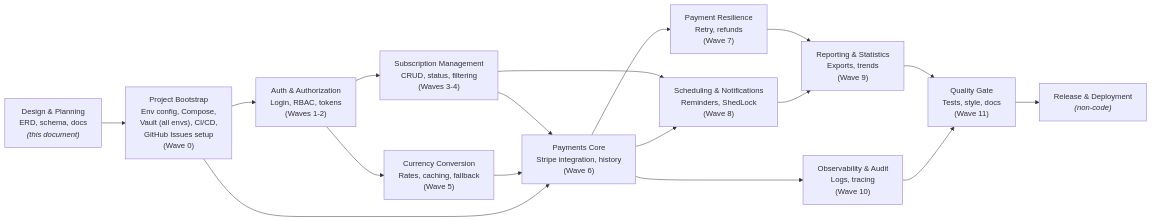
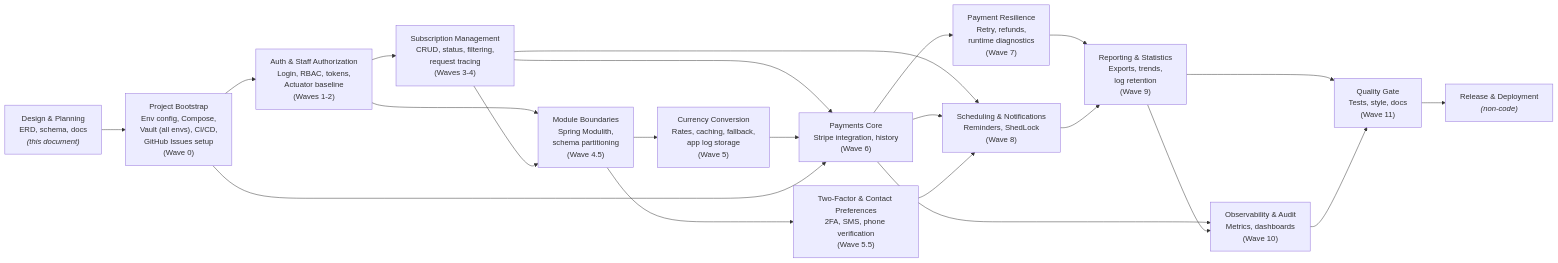
One commit to cptrobie/subscribe-master changed the diagram in subscribe_master_requirements.md. Above: the diagram before and after it, drawn with Mermaid. The commit also changed other lines of this file and 8 other files, not shown here.

First line of the commit message:
Add observability requirements and rebalance waves (NFR-36–44, FR-41–44)

````diff
--- a/subscribe_master_requirements.md
+++ b/subscribe_master_requirements.md
@@ -9,26 +9,31 @@
 ```mermaid
 graph LR
     A["Design & Planning<br/>ERD, schema, docs<br/><i>(this document)</i>"] --> B["Project Bootstrap<br/>Env config, Compose,<br/>Vault (all envs), CI/CD,<br/>GitHub Issues setup<br/>(Wave 0)"]
 
-    B --> C["Auth & Authorization<br/>Login, RBAC, tokens<br/>(Waves 1-2)"]
+    B --> C["Auth & Staff Authorization<br/>Login, RBAC, tokens,<br/>Actuator baseline<br/>(Waves 1-2)"]
 
-    C --> D["Subscription Management<br/>CRUD, status, filtering<br/>(Waves 3-4)"]
-    C --> E["Currency Conversion<br/>Rates, caching, fallback<br/>(Wave 5)"]
+    C --> D["Subscription Management<br/>CRUD, status, filtering,<br/>request tracing<br/>(Waves 3-4)"]
+    C --> M["Module Boundaries<br/>Spring Modulith,<br/>schema partitioning<br/>(Wave 4.5)"]
+    D --> M
+    M --> E["Currency Conversion<br/>Rates, caching, fallback,<br/>app log storage<br/>(Wave 5)"]
+    M --> N["Two-Factor & Contact Preferences<br/>2FA, SMS, phone verification<br/>(Wave 5.5)"]
 
     D --> F["Payments Core<br/>Stripe integration, history<br/>(Wave 6)"]
     E --> F
     B --> F
 
-    F --> G["Payment Resilience<br/>Retry, refunds<br/>(Wave 7)"]
+    F --> G["Payment Resilience<br/>Retry, refunds,<br/>runtime diagnostics<br/>(Wave 7)"]
     D --> H["Scheduling & Notifications<br/>Reminders, ShedLock<br/>(Wave 8)"]
     F --> H
+    N --> H
 
-    G --> I["Reporting & Statistics<br/>Exports, trends<br/>(Wave 9)"]
+    G --> I["Reporting & Statistics<br/>Exports, trends,<br/>log retention<br/>(Wave 9)"]
     H --> I
-    F --> J["Observability & Audit<br/>Logs, tracing<br/>(Wave 10)"]
+    F --> J["Observability & Audit<br/>Metrics, dashboards<br/>(Wave 10)"]
+    I --> J
 
     I --> K["Quality Gate<br/>Tests, style, docs<br/>(Wave 11)"]
     J --> K
 
     K --> L["Release & Deployment<br/><i>(non-code)</i>"]
 ```
````
